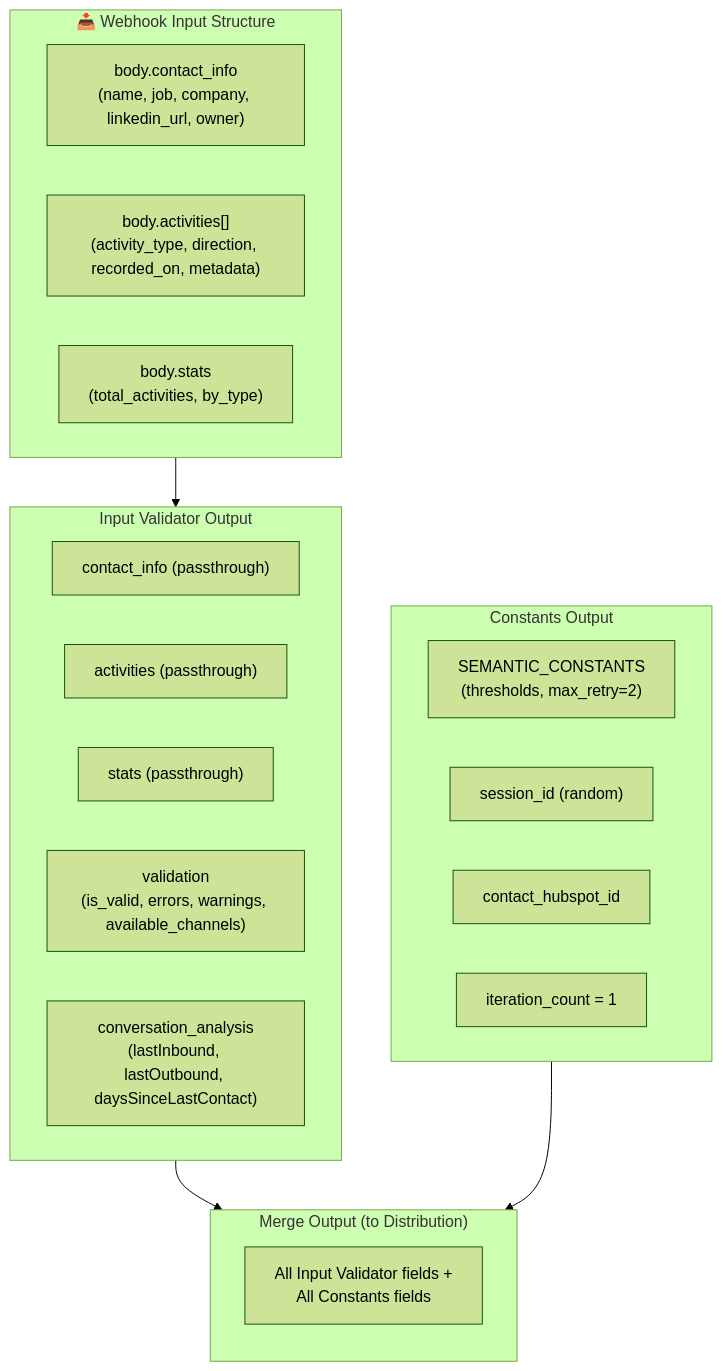
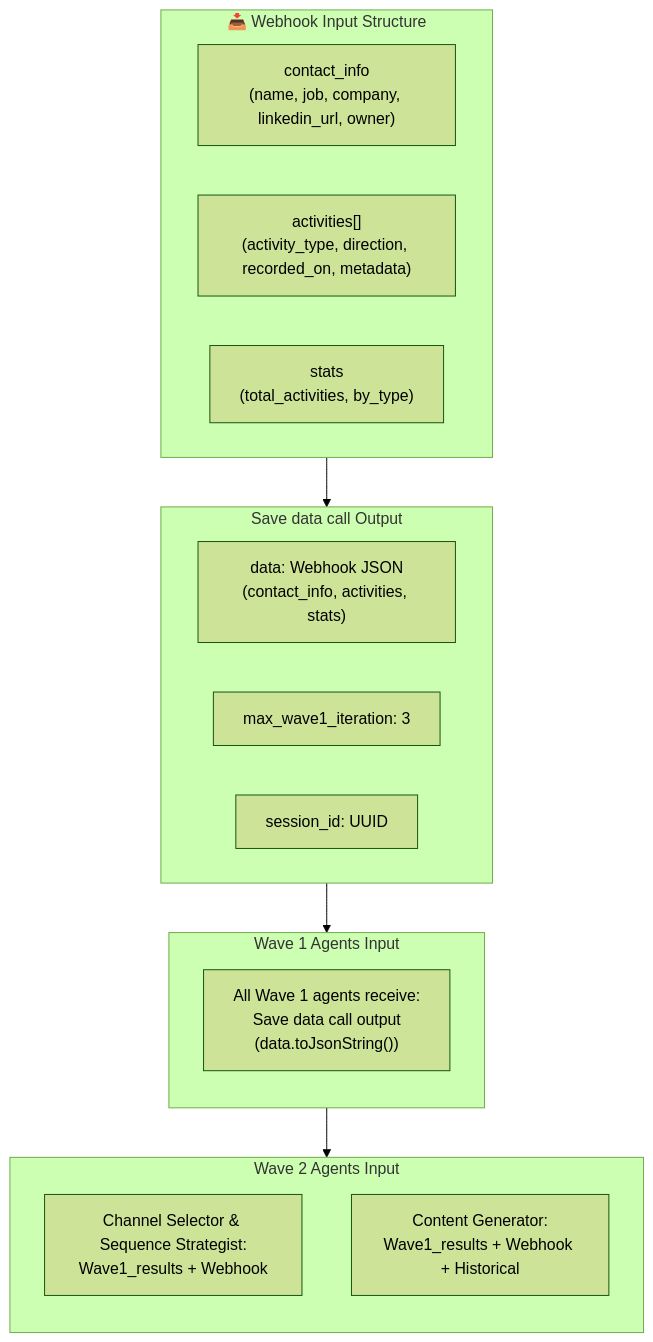
Before and after one commit to damianstetsonair/sales-n8n-ia: the second of 17 diagrams in WORKFLOW-DIAGRAM.md, drawn with Mermaid (forest theme). The commit also changed other lines of this file and 8 other files, not shown here.

Commit message:
update flows based in parallel workflow

````diff
--- a/WORKFLOW-DIAGRAM.md
+++ b/WORKFLOW-DIAGRAM.md
@@ -194,35 +188,31 @@
 ```mermaid
 flowchart TB
     subgraph WEBHOOK_DATA["📥 Webhook Input Structure"]
         direction LR
-        WD1["body.contact_info<br/>(name, job, company, linkedin_url, owner)"]
-        WD2["body.activities[]<br/>(activity_type, direction, recorded_on, metadata)"]
-        WD3["body.stats<br/>(total_activities, by_type)"]
+        WD1["contact_info<br/>(name, job, company, linkedin_url, owner)"]
+        WD2["activities[]<br/>(activity_type, direction, recorded_on, metadata)"]
+        WD3["stats<br/>(total_activities, by_type)"]
     end
 
-    subgraph IV_OUTPUT["Input Validator Output"]
+    subgraph SDC_OUTPUT["Save data call Output"]
         direction LR
-        IVO1["contact_info (passthrough)"]
-        IVO2["activities (passthrough)"]
-        IVO3["stats (passthrough)"]
-        IVO4["validation<br/>(is_valid, errors, warnings, available_channels)"]
-        IVO5["conversation_analysis<br/>(lastInbound, lastOutbound, daysSinceLastContact)"]
+        SDC1["data: Webhook JSON<br/>(contact_info, activities, stats)"]
+        SDC2["max_wave1_iteration: 3"]
+        SDC3["session_id: UUID"]
     end
 
-    subgraph CONST_OUTPUT["Constants Output"]
-        direction LR
-        CO1["SEMANTIC_CONSTANTS<br/>(thresholds, max_retry=2)"]
-        CO2["session_id (random)"]
-        CO3["contact_hubspot_id"]
-        CO4["iteration_count = 1"]
+    subgraph WAVE1_INPUT["Wave 1 Agents Input"]
+        direction TB
+        W1I["All Wave 1 agents receive:<br/>Save data call output<br/>(data.toJsonString())"]
     end
 
-    subgraph MERGED["Merge Output (to Distribution)"]
+    subgraph WAVE2_INPUT["Wave 2 Agents Input"]
         direction TB
-        MO["All Input Validator fields +<br/>All Constants fields"]
+        W2I1["Channel Selector & Sequence Strategist:<br/>Wave1_results + Webhook"]
+        W2I2["Content Generator:<br/>Wave1_results + Webhook + Historical"]
     end
 
-    WEBHOOK_DATA --> IV_OUTPUT
-    IV_OUTPUT --> MERGED
-    CONST_OUTPUT --> MERGED
+    WEBHOOK_DATA --> SDC_OUTPUT
+    SDC_OUTPUT --> WAVE1_INPUT
+    WAVE1_INPUT --> WAVE2_INPUT
 ```
````
